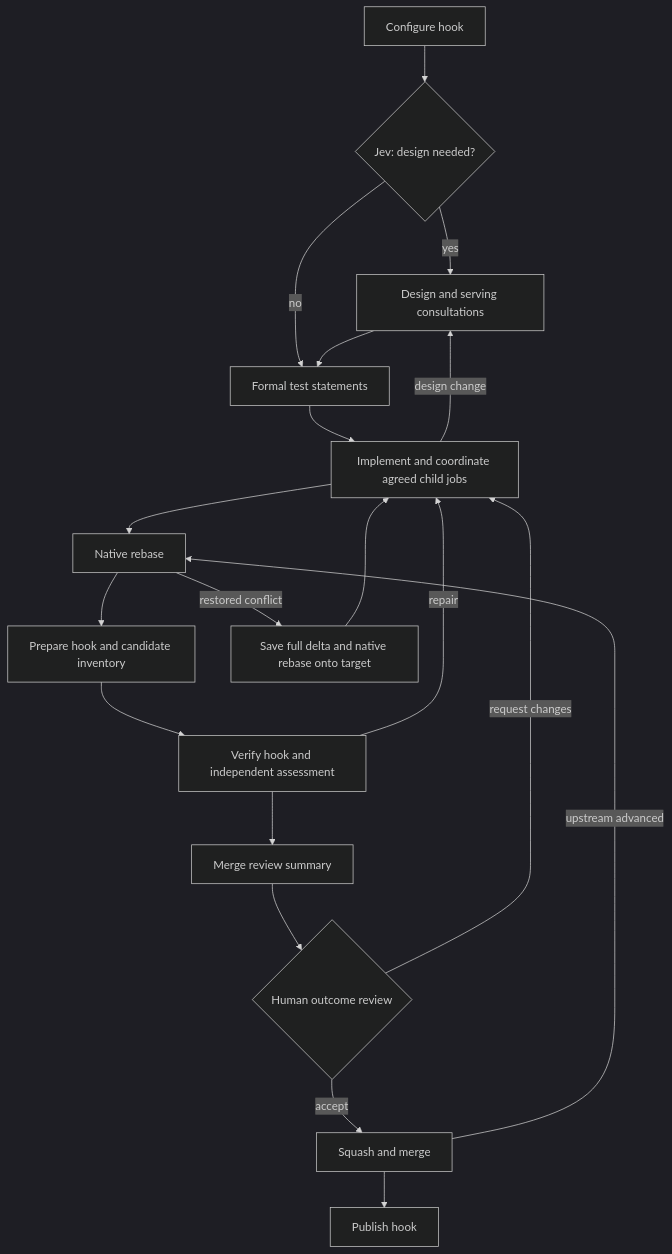
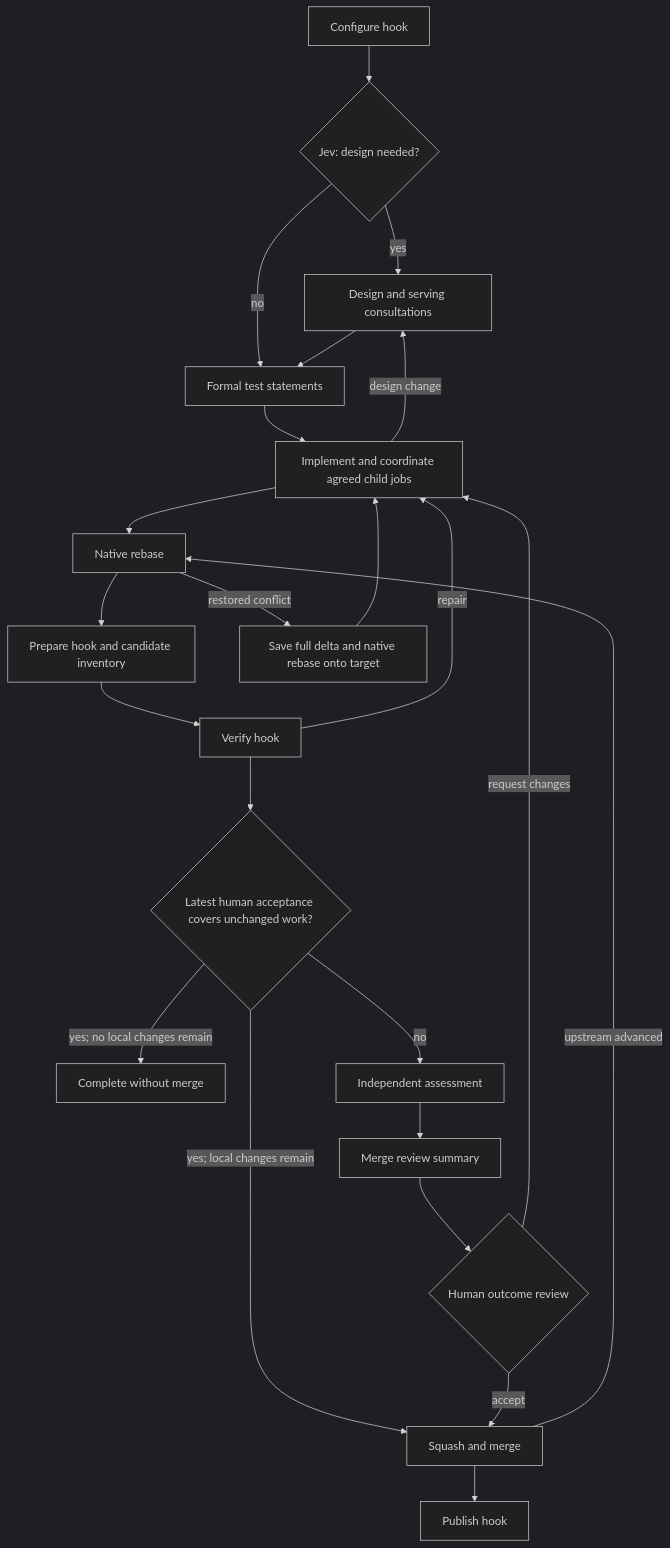
One commit to colony-2/recipes changed the diagram in recipes/adaptive/README.md. Above: the diagram before and after it, drawn with Mermaid (dark theme). The commit also changed other lines of this file and 11 other files, not shown here.

Commit message:
Preserve human merge approval across rebases

````diff
--- a/recipes/adaptive/README.md
+++ b/recipes/adaptive/README.md
@@ -16,21 +16,25 @@
 ```mermaid
 flowchart TD
   C[Configure hook] --> J{Jev: design needed?}
   J -->|yes| D[Design and serving consultations]
   J -->|no| T[Formal test statements]
   D --> T
   T --> W[Implement and coordinate agreed child jobs]
   W --> R[Native rebase]
   R --> P[Prepare hook and candidate inventory]
-  P --> V[Verify hook and independent assessment]
+  P --> V[Verify hook]
   V -->|repair| W
-  V --> S[Merge review summary]
+  V --> A{Latest human acceptance covers unchanged work?}
+  A -->|yes; local changes remain| M
+  A -->|yes; no local changes remain| Done[Complete without merge]
+  A -->|no| I[Independent assessment]
+  I --> S[Merge review summary]
   S --> H{Human outcome review}
   H -->|request changes| W
   W -->|design change| D
   H -->|accept| M[Squash and merge]
   M -->|upstream advanced| R
   M --> U[Publish hook]
   R -->|restored conflict| F[Save full delta and native rebase onto target]
   F --> W
 ```
````
